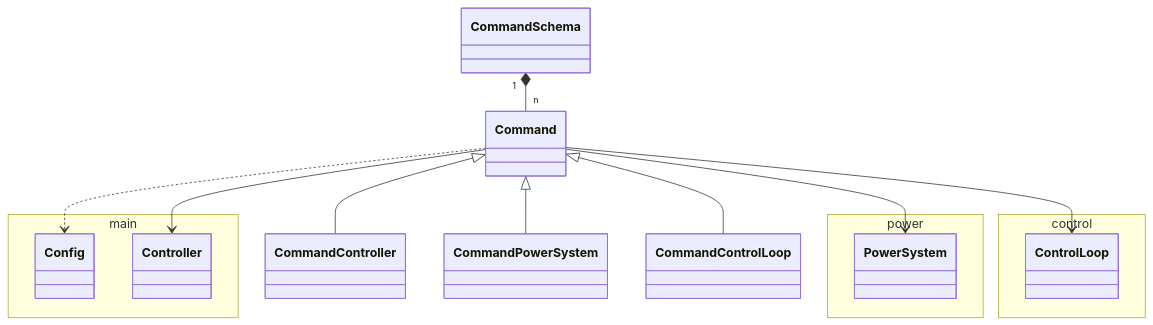
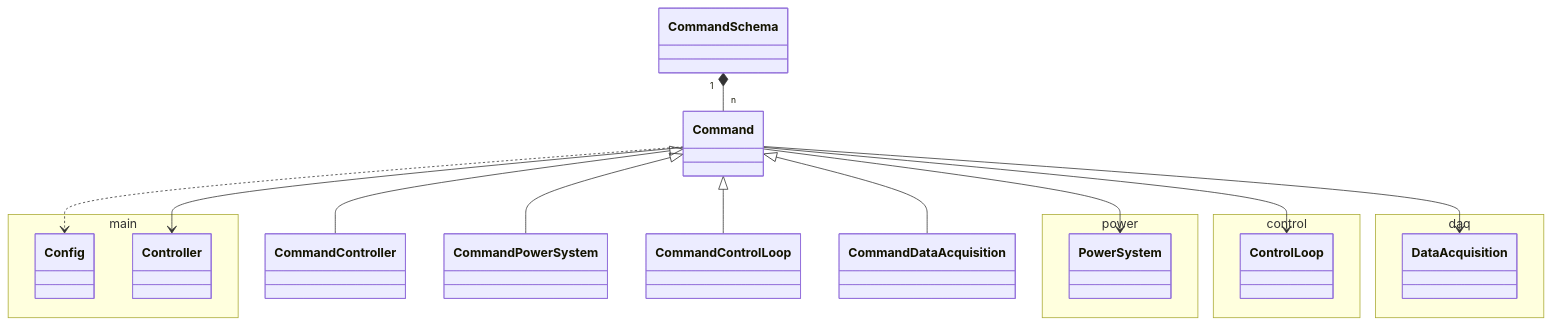
One commit to lsst-ts/ts_mtm2_controller changed the seventh of 8 diagrams in doc/class_diagram.md. Above: the diagram before and after it, drawn with Mermaid. The commit also changed other lines of this file and 2 other files, not shown here.

````diff
--- a/doc/class_diagram.md
+++ b/doc/class_diagram.md
@@ -241,26 +276,32 @@
 ```mermaid
 classDiagram
 
 namespace main {
   class Config
   class Controller
 }
 
 namespace power {
   class PowerSystem
 }
 
 namespace control {
   class ControlLoop
 }
 
+namespace daq {
+  class DataAcquisition
+}
+
 CommandSchema "1" *-- "n" Command
 
 Command ..> Config
 Command --> Controller
 Command --> PowerSystem
 Command --> ControlLoop
+Command --> DataAcquisition
 Command <|-- CommandController
 Command <|-- CommandPowerSystem
 Command <|-- CommandControlLoop
+Command <|-- CommandDataAcquisition
 ```
````
